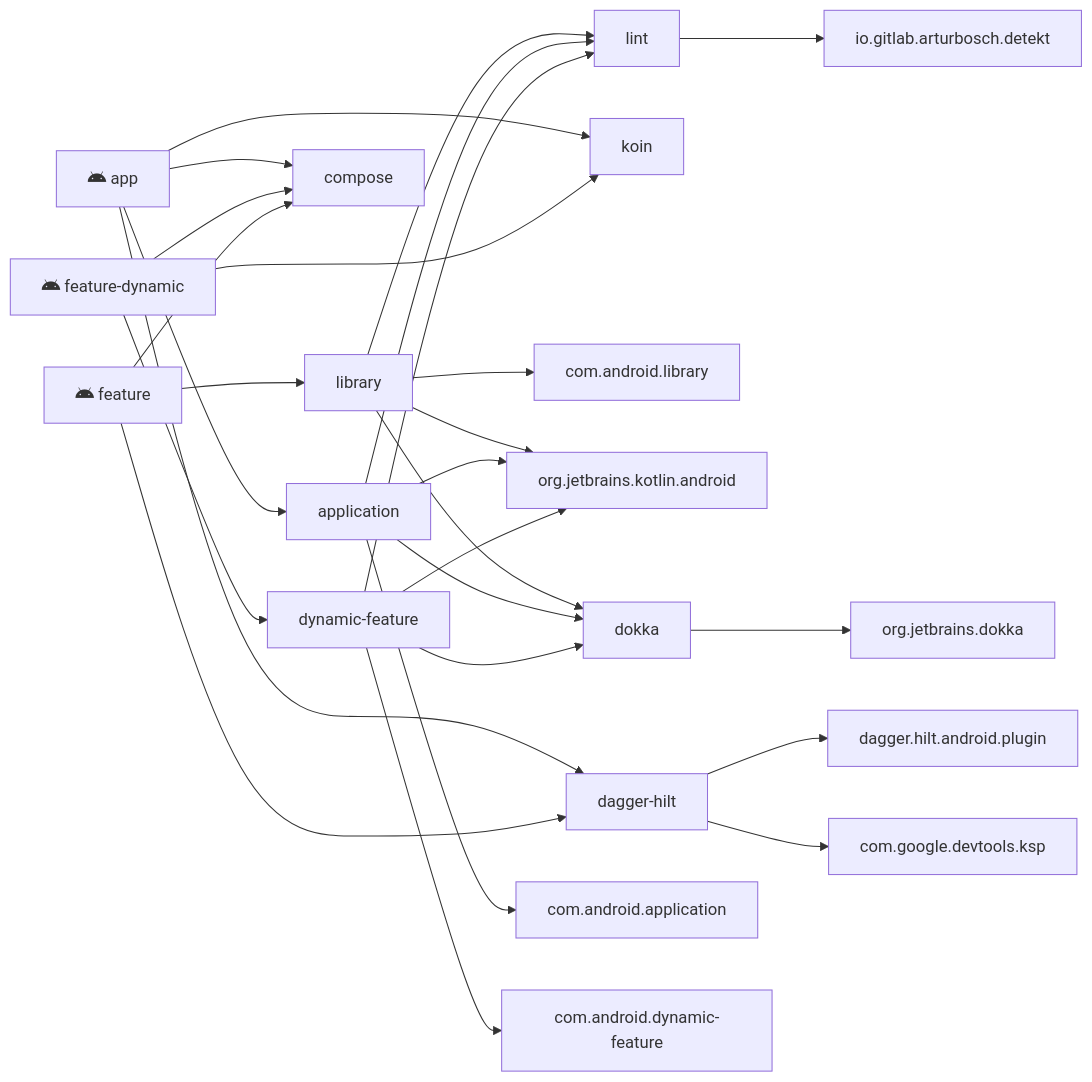
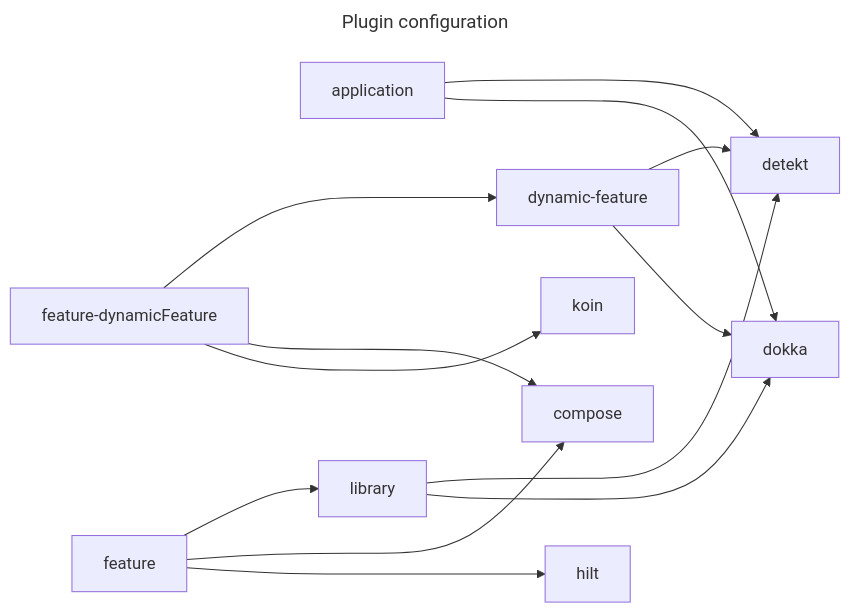
Before and after one commit to SorrowBlue/ComicViewer: the first of 2 diagrams in README.md, drawn with Mermaid. The commit also changed other lines of this file and 31 other files, not shown here.

Commit message:
:recycle: Adjust plugin configuration and dependencies.

````diff
--- a/README.md
+++ b/README.md
@@ -19,45 +21,23 @@
 ```mermaid
-flowchart LR
-    app["<i class='fa-brands fa-android'></i> app"]
-    feature["<i class='fa-brands fa-android'></i> feature"]
-    feature-dynamic["<i class='fa-brands fa-android'></i> feature-dynamic"]
-    app --> application
-    app --> compose
-    app ---> dagger-hilt
-    app ---> koin
-    feature-dynamic --> dynamic-feature
-    feature-dynamic --> compose
-    feature-dynamic ---> koin
+---
+title: Plugin configuration
+---
+graph LR
+    application ---> detekt
+    application ---> dokka
+    feature-dynamicFeature ---> dynamic-feature
+    feature-dynamicFeature ---> compose
+    feature-dynamicFeature ---> koin
+    library ---> detekt
+    library ---> dokka
     feature --> library
     feature --> compose
-    feature ---> dagger-hilt
-
-    library --> com.android.library
-    library --> org.jetbrains.kotlin.android
-    library --> lint
-    library --> dokka
-    application --> com.android.application
-    application --> org.jetbrains.kotlin.android
-    application --> lint
-    application --> dokka
-    dynamic-feature --> com.android.dynamic-feature
-    dynamic-feature --> org.jetbrains.kotlin.android
-    dynamic-feature --> lint
+    feature ---> hilt
+    dynamic-feature --> detekt
     dynamic-feature --> dokka
-    
-    lint --> io.gitlab.arturbosch.detekt
-    dokka --> org.jetbrains.dokka
-
-    dagger-hilt --> dagger.hilt.android.plugin
-    dagger-hilt --> com.google.devtools.ksp
-    
-    application
-    dynamic-feature
-    library
+    hilt
+    dokka
+    detekt
     compose
-    dagger-hilt
     koin
-    lint
-    dokka
-
 ```
````
